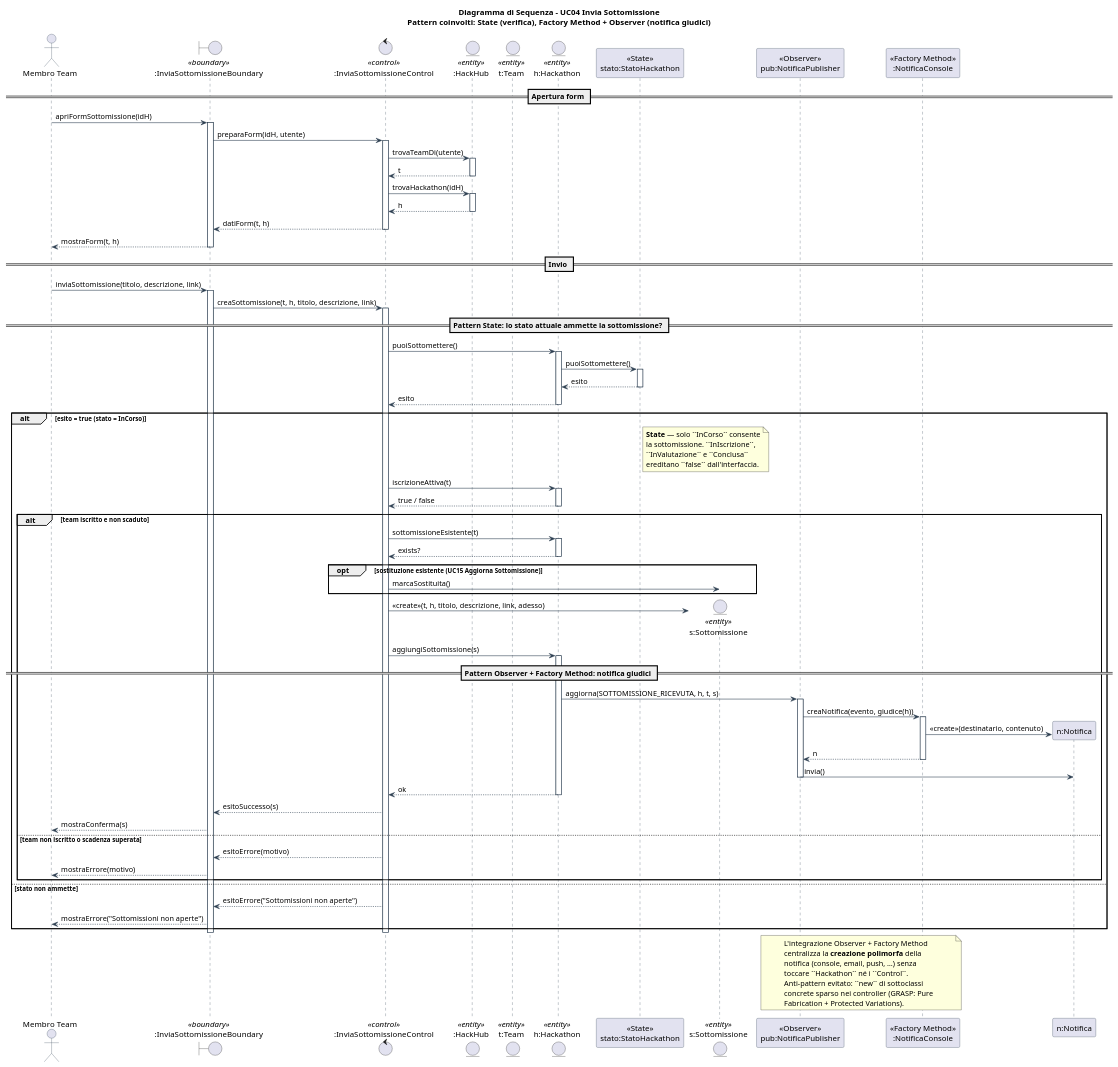
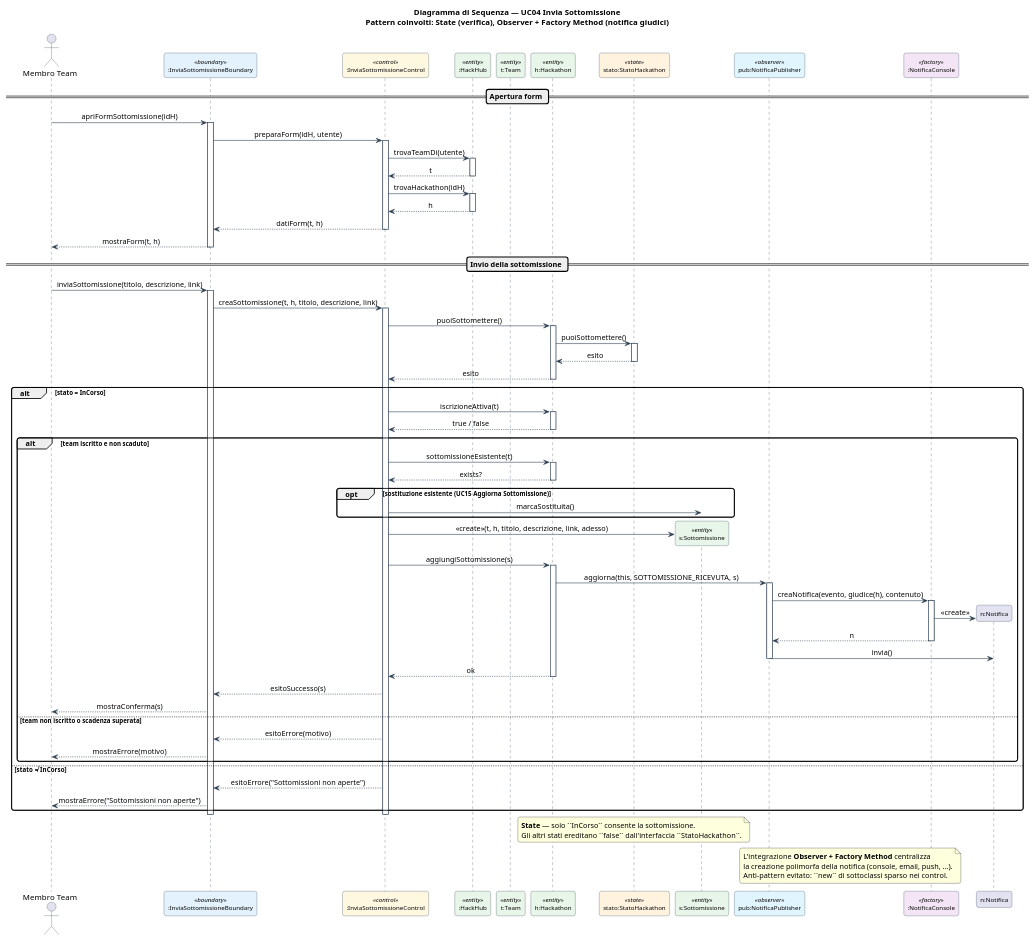
Before and after one commit to rizzutomatteo/hackhub-uml: the diagram in 01-analisi/03-sequenze/seq-UC04-InviaSottomissione.puml, drawn with PlantUML. The commit also changed 13 other files, not shown here.

First line of the commit message:
Riordino diagrammi UML: linetype ortho, fix firme codice

```diff
--- a/01-analisi/03-sequenze/seq-UC04-InviaSottomissione.puml
+++ b/01-analisi/03-sequenze/seq-UC04-InviaSottomissione.puml
@@ -1,131 +1,129 @@
 @startuml SeqUC04_InviaSottomissione
-title Diagramma di Sequenza - UC04 Invia Sottomissione\nPattern coinvolti: State (verifica), Factory Method + Observer (notifica giudici)
+title Diagramma di Sequenza — UC04 Invia Sottomissione\nPattern coinvolti: State (verifica), Observer + Factory Method (notifica giudici)
 
+' ----- Convenzioni di rendering -----
+skinparam shadowing false
+skinparam roundCorner 8
+skinparam sequenceMessageAlign center
 skinparam sequence {
   ArrowColor              #2C3E50
   LifeLineBorderColor     #2C3E50
   ParticipantBorderColor  #2C3E50
   ActorBorderColor        #2C3E50
+  ParticipantFontSize     11
   ParticipantBackgroundColor<<boundary>> #E3F2FD
   ParticipantBackgroundColor<<control>>  #FFF8E1
   ParticipantBackgroundColor<<entity>>   #E8F5E9
+  ParticipantBackgroundColor<<state>>    #FFF3E0
+  ParticipantBackgroundColor<<observer>> #E1F5FE
+  ParticipantBackgroundColor<<factory>>  #F3E5F5
 }
 
-actor      "Membro Team"                                  as MT
-boundary   ":InviaSottomissioneBoundary"                  as B    <<boundary>>
-control    ":InviaSottomissioneControl"                   as C    <<control>>
-entity     ":HackHub"                                     as Hub  <<entity>>
-entity     "t:Team"                                       as T    <<entity>>
-entity     "h:Hackathon"                                  as H    <<entity>>
-participant "<<State>>\nstato:StatoHackathon"              as S
-entity     "s:Sottomissione"                              as Sub  <<entity>>
-participant "<<Observer>>\npub:NotificaPublisher"          as Pub
-participant "<<Factory Method>>\n:NotificaConsole"         as Fac
+actor       "Membro Team"                 as MT
+participant ":InviaSottomissioneBoundary" as B    <<boundary>>
+participant ":InviaSottomissioneControl"  as C    <<control>>
+participant ":HackHub"                    as Hub  <<entity>>
+participant "t:Team"                      as T    <<entity>>
+participant "h:Hackathon"                 as H    <<entity>>
+participant "stato:StatoHackathon"        as S    <<state>>
+participant "s:Sottomissione"             as Sub  <<entity>>
+participant "pub:NotificaPublisher"       as Pub  <<observer>>
+participant ":NotificaConsole"            as Fac  <<factory>>
 
 == Apertura form ==
 
 MT -> B : apriFormSottomissione(idH)
 activate B
 B  -> C : preparaForm(idH, utente)
 activate C
 C  -> Hub : trovaTeamDi(utente)
 activate Hub
 Hub --> C : t
 deactivate Hub
 C  -> Hub : trovaHackathon(idH)
 activate Hub
 Hub --> C : h
 deactivate Hub
 C  --> B : datiForm(t, h)
 deactivate C
 B  --> MT : mostraForm(t, h)
 deactivate B
 
-== Invio ==
+== Invio della sottomissione ==
 
 MT -> B : inviaSottomissione(titolo, descrizione, link)
 activate B
 B  -> C : creaSottomissione(t, h, titolo, descrizione, link)
 activate C
-
-== Pattern State: lo stato attuale ammette la sottomissione? ==
 
 C  -> H : puoiSottomettere()
 activate H
 H  -> S : puoiSottomettere()
 activate S
 S  --> H : esito
 deactivate S
 H  --> C : esito
 deactivate H
 
-alt esito = true (stato = InCorso)
-    note right of S
-      **State** — solo ``InCorso`` consente
-      la sottomissione. ``InIscrizione``,
-      ``InValutazione`` e ``Conclusa``
-      ereditano ``false`` dall'interfaccia.
-    end note
-
+alt stato = InCorso
     C  -> H : iscrizioneAttiva(t)
     activate H
     H  --> C : true / false
     deactivate H
 
     alt team iscritto e non scaduto
         C  -> H : sottomissioneEsistente(t)
         activate H
         H  --> C : exists?
         deactivate H
 
         opt sostituzione esistente (UC15 Aggiorna Sottomissione)
             C  -> Sub : marcaSostituita()
         end
 
         create Sub
         C  -> Sub : <<create>>(t, h, titolo, descrizione, link, adesso)
 
         C  -> H : aggiungiSottomissione(s)
         activate H
 
-        == Pattern Observer + Factory Method: notifica giudici ==
-
-        H  -> Pub : aggiorna(SOTTOMISSIONE_RICEVUTA, h, t, s)
+        H  -> Pub : aggiorna(this, SOTTOMISSIONE_RICEVUTA, s)
         activate Pub
-        Pub -> Fac : creaNotifica(evento, giudice(h))
+        Pub -> Fac : creaNotifica(evento, giudice(h), contenuto)
         activate Fac
         create "n:Notifica" as N
-        Fac -> N : <<create>>(destinatario, contenuto)
+        Fac -> N : <<create>>
         Fac --> Pub : n
         deactivate Fac
         Pub -> N : invia()
         deactivate Pub
 
         H  --> C : ok
         deactivate H
 
         C  --> B : esitoSuccesso(s)
         B  --> MT : mostraConferma(s)
     else team non iscritto o scadenza superata
         C  --> B : esitoErrore(motivo)
         B  --> MT : mostraErrore(motivo)
     end
-else stato non ammette
+else stato ≠ InCorso
     C  --> B : esitoErrore("Sottomissioni non aperte")
     B  --> MT : mostraErrore("Sottomissioni non aperte")
 end
 
 deactivate C
 deactivate B
 
+note over S
+  **State** — solo ``InCorso`` consente la sottomissione.
+  Gli altri stati ereditano ``false`` dall'interfaccia ``StatoHackathon``.
+end note
+
 note over Pub, Fac
-  L'integrazione Observer + Factory Method
-  centralizza la **creazione polimorfa** della
-  notifica (console, email, push, …) senza
-  toccare ``Hackathon`` né i ``Control``.
-  Anti-pattern evitato: ``new`` di sottoclassi
-  concrete sparso nei controller (GRASP: Pure
-  Fabrication + Protected Variations).
+  L'integrazione **Observer + Factory Method** centralizza
+  la creazione polimorfa della notifica (console, email, push, …).
+  Anti-pattern evitato: ``new`` di sottoclassi sparso nei control.
 end note
 
 @enduml
```
